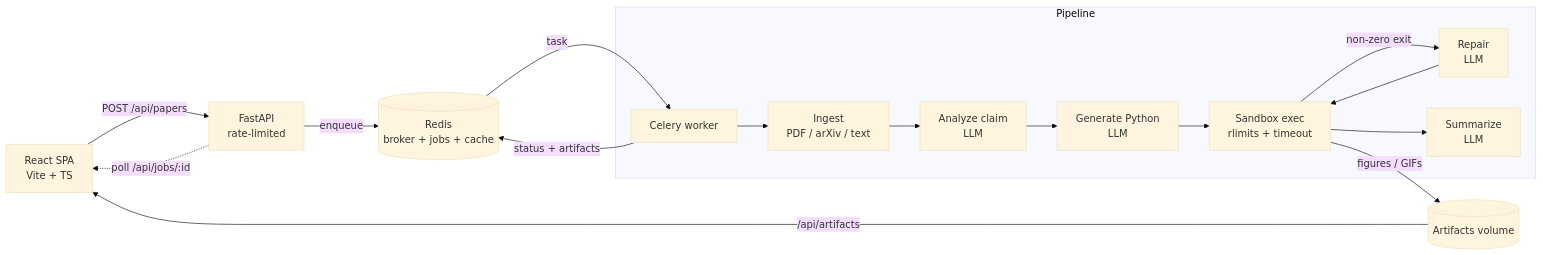
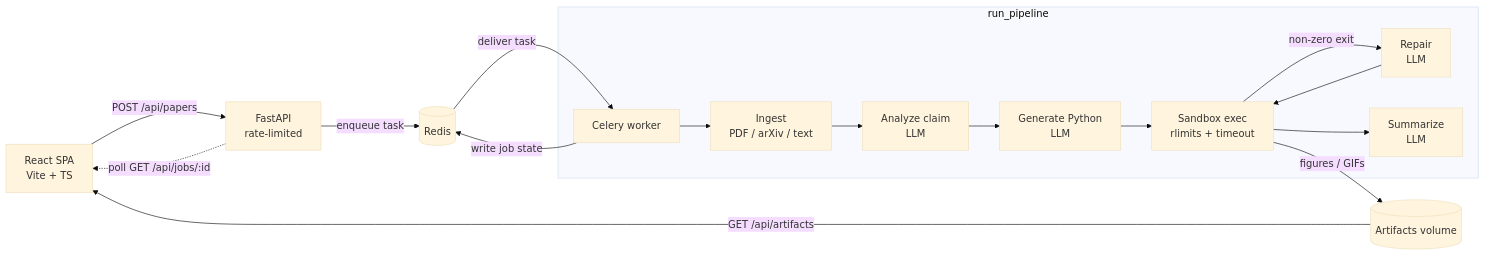
Before and after one commit to ashw1nkumars/paper2sim: the diagram in README.md, drawn with Mermaid (base theme). The commit also changed other lines of this file and 6 other files, not shown here.

````diff
--- a/README.md
+++ b/README.md
@@ -66,19 +130,19 @@
 ```mermaid
 flowchart LR
     U[React SPA<br/>Vite + TS] -->|POST /api/papers| A[FastAPI<br/>rate-limited]
-    A -->|enqueue| Q[(Redis<br/>broker + jobs + cache)]
-    A -.->|poll /api/jobs/:id| U
-    Q -->|task| W[Celery worker]
-    subgraph Pipeline
+    A -->|enqueue task| Q[(Redis)]
+    A -.->|poll GET /api/jobs/:id| U
+    Q -->|deliver task| W[Celery worker]
+    subgraph Pipeline [run_pipeline]
       W --> I[Ingest<br/>PDF / arXiv / text]
       I --> AN[Analyze claim<br/>LLM]
       AN --> G[Generate Python<br/>LLM]
       G --> S[Sandbox exec<br/>rlimits + timeout]
       S -->|non-zero exit| R[Repair<br/>LLM]
       R --> S
       S --> SU[Summarize<br/>LLM]
     end
-    W -->|status + artifacts| Q
+    W -->|write job state| Q
     S -->|figures / GIFs| V[(Artifacts volume)]
-    V -->|/api/artifacts| U
+    V -->|GET /api/artifacts| U
 ```
````
